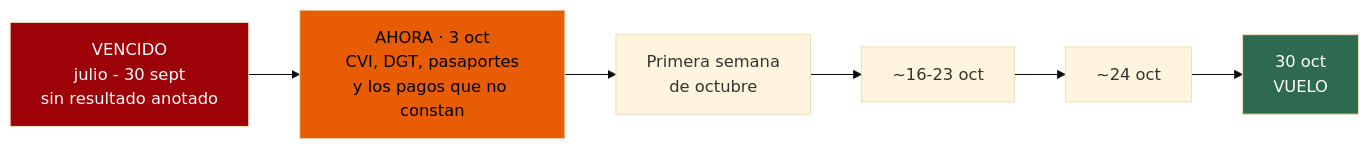
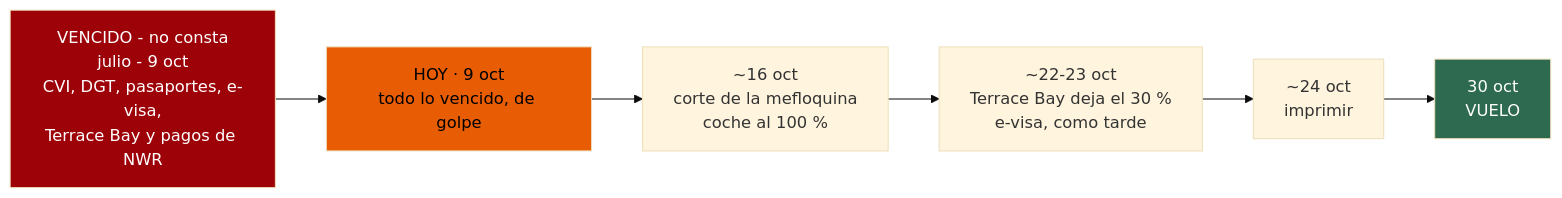
One commit to morandeirachema/namibia changed the second of 5 diagrams in 04-guia-preparacion.md. Above: the diagram before and after it, drawn with Mermaid (base theme). The commit also changed other lines of this file and 60 other files, not shown here.

````diff
--- a/04-guia-preparacion.md
+++ b/04-guia-preparacion.md
@@ -90,10 +116,10 @@
 ```mermaid
 flowchart LR
 %% ancho
-    J["VENCIDO<br/>julio - 30 sept<br/>sin resultado anotado"] --> A["AHORA · 3 oct<br/>CVI, DGT, pasaportes<br/>y los pagos que no constan"]
-    A --> O1["Primera semana<br/>de octubre"] --> O2["~16-23 oct"] --> O3["~24 oct"]
+    J["VENCIDO - no consta<br/>julio - 9 oct<br/>CVI, DGT, pasaportes, e-visa,<br/>Terrace Bay y pagos de NWR"] --> A["HOY · 9 oct<br/>todo lo vencido, de golpe"]
+    A --> O1["~16 oct<br/>corte de la mefloquina<br/>coche al 100 %"] --> O2["~22-23 oct<br/>Terrace Bay deja el 30 %<br/>e-visa, como tarde"] --> O3["~24 oct<br/>imprimir"]
     O3 --> F["30 oct<br/>VUELO"]
     style J fill:#9d0208,color:#fff
     style A fill:#e85d04,color:#000
     style F fill:#2d6a4f,color:#fff
 ```
````
